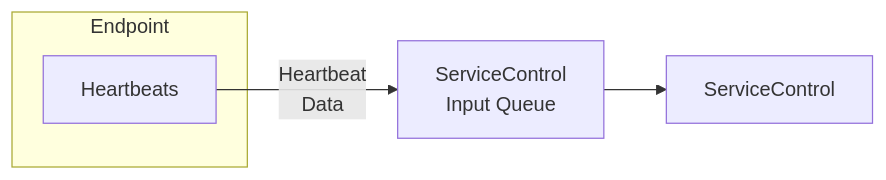
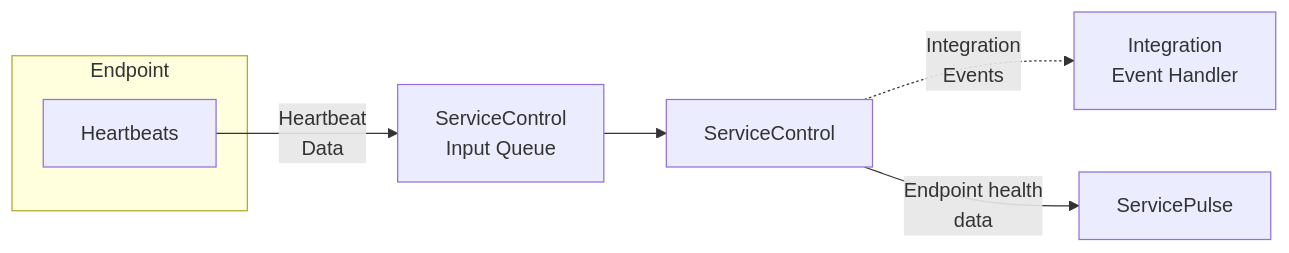
One commit to Particular/docs.particular.net changed the diagram in monitoring/heartbeats/index.md. Above: the diagram before and after it, drawn with Mermaid. The commit also changed other lines of this file, not shown here.

Commit message:
Improved heartbeats index

````diff
--- a/monitoring/heartbeats/index.md
+++ b/monitoring/heartbeats/index.md
@@ -11,11 +13,15 @@
 ```mermaid
 graph LR
 	
 subgraph Endpoint
 Heartbeats
 end
 	
 Heartbeats -- Heartbeat<br>Data --> SCQ
 
 SCQ[ServiceControl<br>Input Queue] --> SC[ServiceControl]
+
+SC -. Integration<br/>Events .-> Integration[Integration<br/>Event Handler]
+
+SC -- Endpoint health<br>data --> ServicePulse
 ```
````
